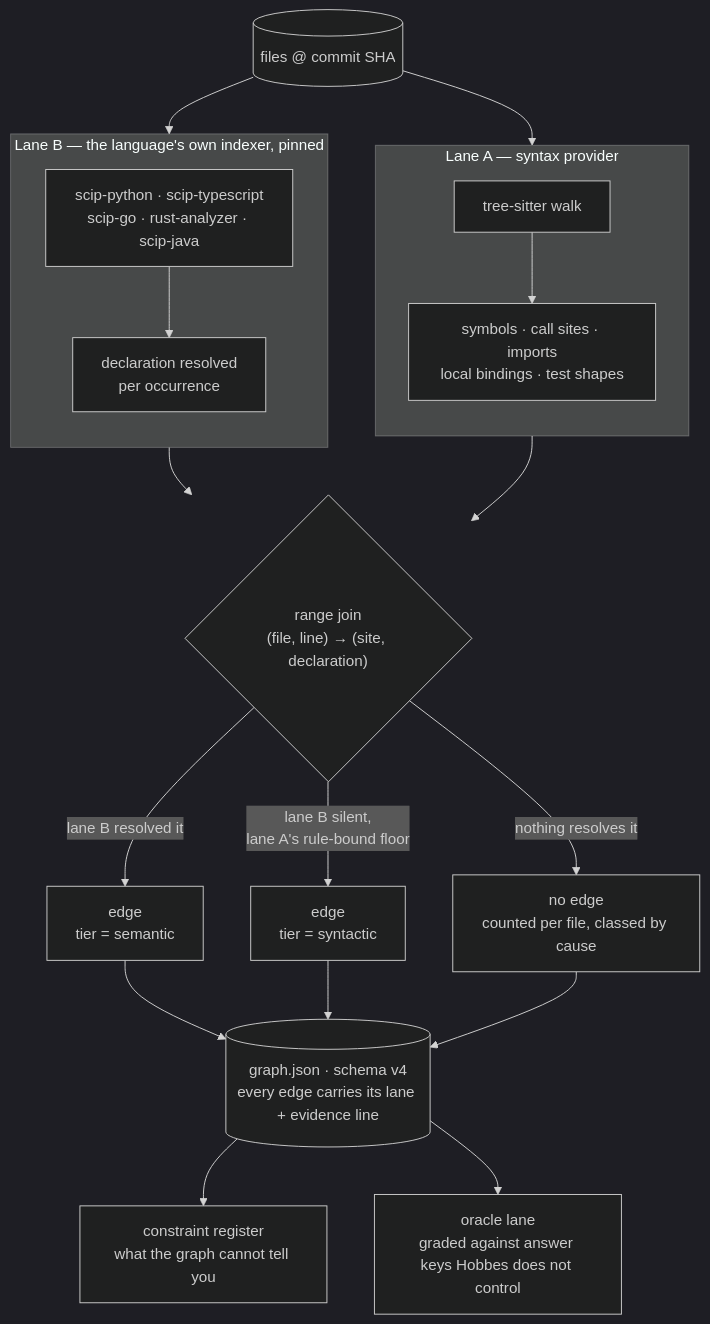
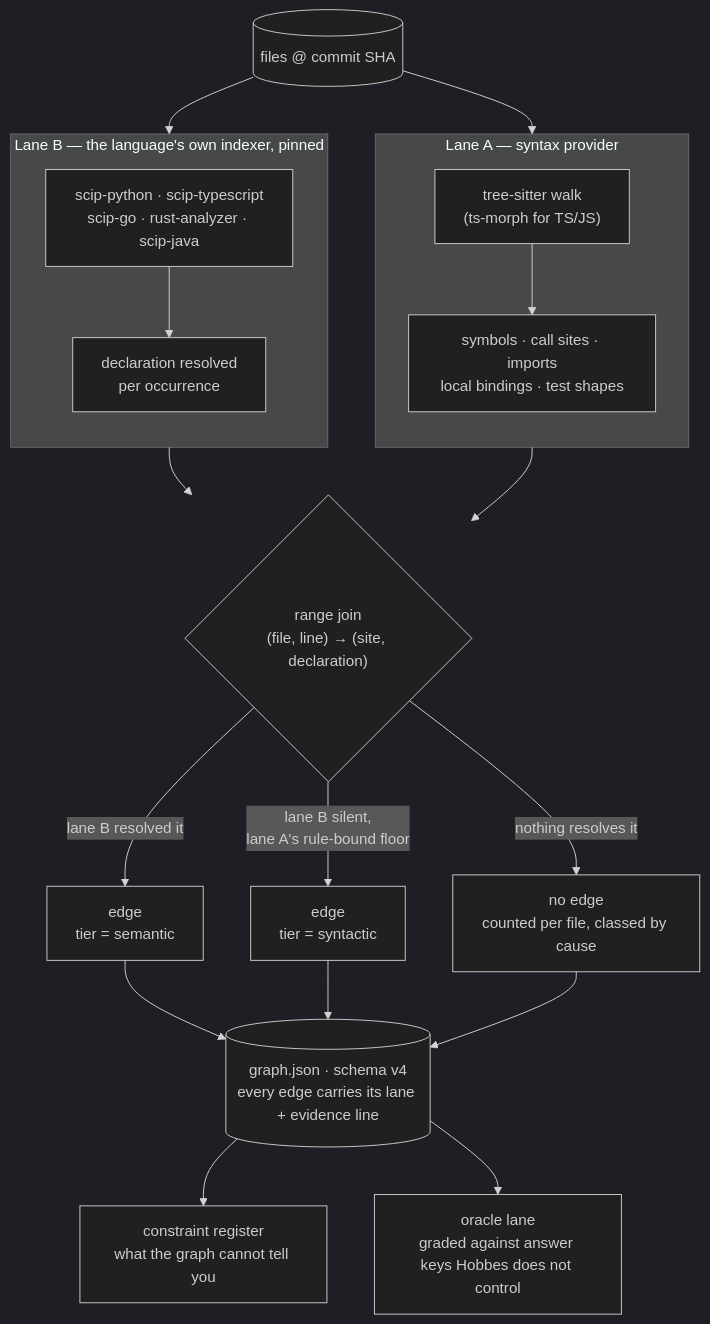
One commit to majax7714/Hobbes changed the second of 3 diagrams in README.md. Above: the diagram before and after it, drawn with Mermaid (dark theme). The commit also changed other lines of this file and 7 other files, not shown here.

````diff
--- a/README.md
+++ b/README.md
@@ -108,26 +109,26 @@
 ```mermaid
 flowchart TB
   F[("files @ commit SHA")]
   F --> TS
   F --> SCIP
   subgraph A["Lane A — syntax provider"]
     direction TB
-    TS[tree-sitter walk] --> S1["symbols · call sites · imports<br/>local bindings · test shapes"]
+    TS["tree-sitter walk<br/>(ts-morph for TS/JS)"] --> S1["symbols · call sites · imports<br/>local bindings · test shapes"]
   end
   subgraph B["Lane B — the language's own indexer, pinned"]
     direction TB
     SCIP["scip-python · scip-typescript<br/>scip-go · rust-analyzer · scip-java"] --> S2["declaration resolved<br/>per occurrence"]
   end
   S1 --> J
   S2 --> J
   J{"range join<br/>(file, line) → (site, declaration)"}
   J -->|"lane B resolved it"| SEM["edge<br/>tier = semantic"]
   J -->|"lane B silent,<br/>lane A's rule-bound floor"| SYN["edge<br/>tier = syntactic"]
   J -->|"nothing resolves it"| TAIL["no edge<br/>counted per file, classed by cause"]
   SEM --> G
   SYN --> G
   TAIL --> G
   G[("graph.json · schema v4<br/>every edge carries its lane + evidence line")]
   G --> REG["constraint register<br/>what the graph cannot tell you"]
   G --> ORA["oracle lane<br/>graded against answer keys Hobbes does not control"]
 ```
````
